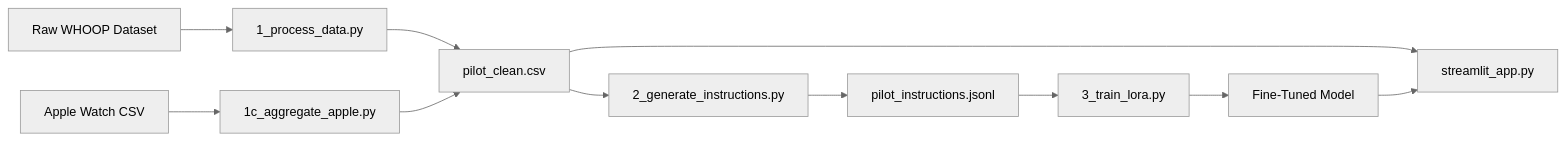
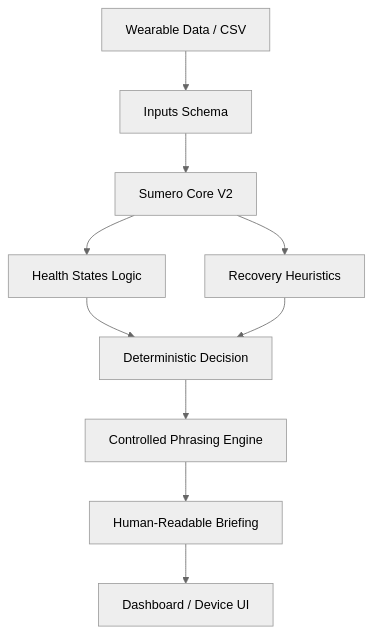
The diagram in README.md (moeezahmadkhan/sumero-health-archive), drawn with Mermaid (neutral theme) before and after one commit. The commit also changed other lines of this file and 10 other files, not shown here.

Commit message:
feat: Implement Sumero Core V2 with medical calibration and backtesting rig

````diff
--- a/README.md
+++ b/README.md
@@ -152,13 +76,12 @@
 ```mermaid
-graph LR
-    A[Raw WHOOP Dataset] --> B[1_process_data.py]
-    C[Apple Watch CSV] --> D[1c_aggregate_apple.py]
-    B --> E[pilot_clean.csv]
-    D --> E
-    E --> F[2_generate_instructions.py]
-    F --> G[pilot_instructions.jsonl]
-    G --> H[3_train_lora.py]
-    H --> I[Fine-Tuned Model]
-    E --> J[streamlit_app.py]
-    I --> J
+graph TD
+    A[Wearable Data / CSV] --> B[Inputs Schema]
+    B --> C[Sumero Core V2]
+    C --> D[Health States Logic]
+    C --> E[Recovery Heuristics]
+    D --> F[Deterministic Decision]
+    E --> F
+    F --> G[Controlled Phrasing Engine]
+    G --> H[Human-Readable Briefing]
+    H --> I[Dashboard / Device UI]
 ```
````
